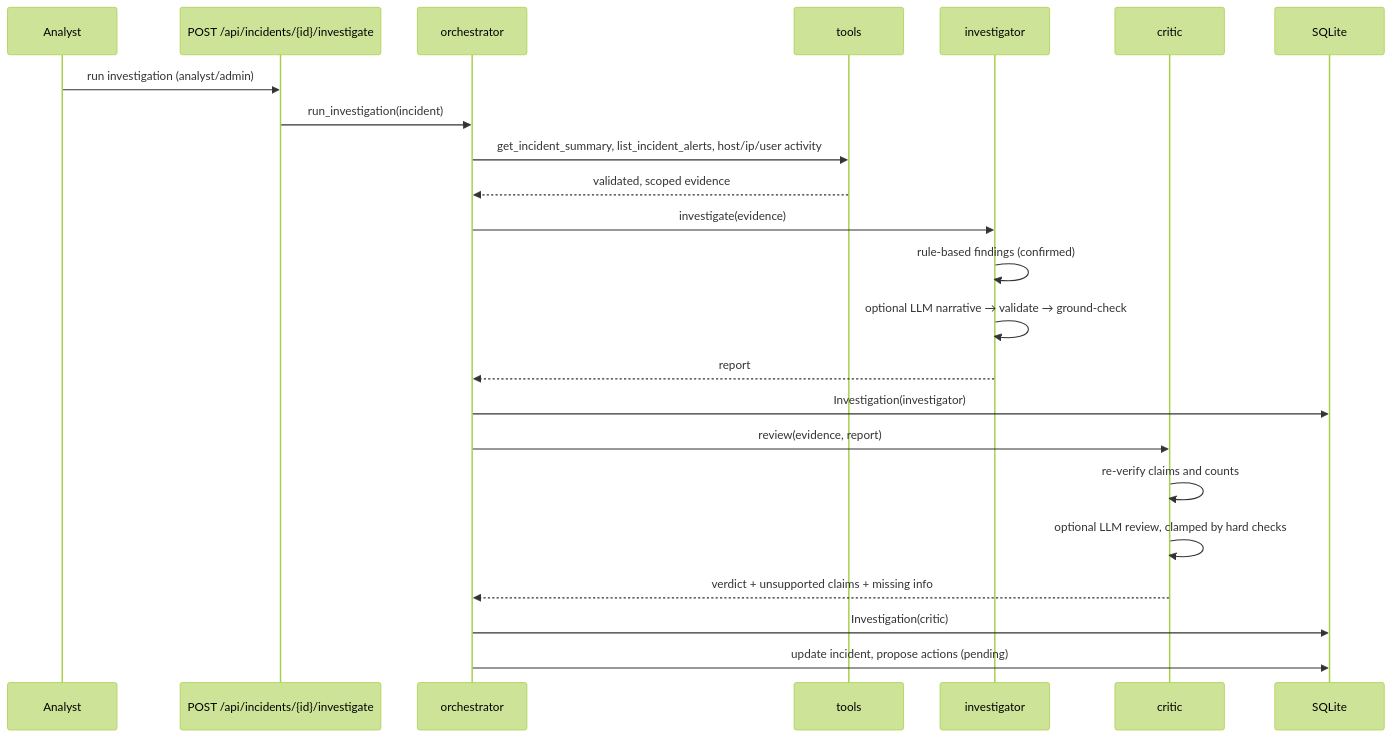
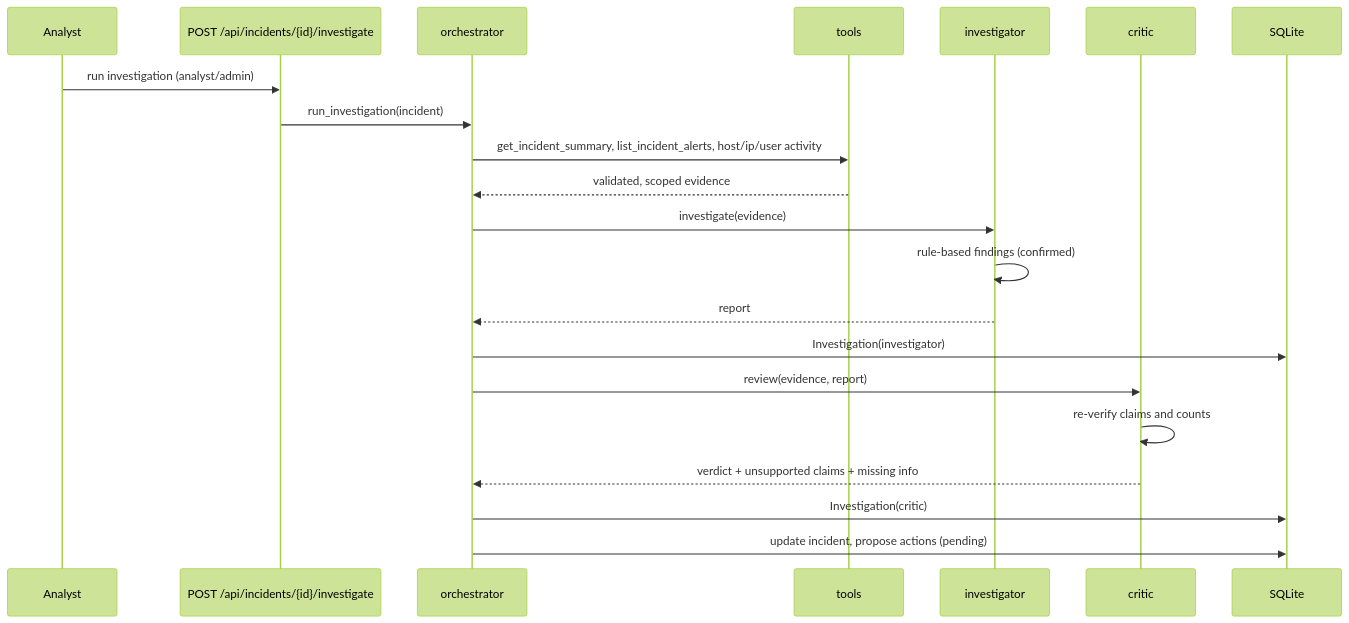
Before and after one commit to BIazor/SIEM-Dashboard: the fourth of 4 diagrams in docs/architecture.md, drawn with Mermaid (forest theme). The commit also changed other lines of this file and 33 other files, not shown here.

````diff
--- a/docs/architecture.md
+++ b/docs/architecture.md
@@ -186,26 +186,24 @@
 ```mermaid
 sequenceDiagram
     participant U as Analyst
     participant API as POST /api/incidents/{id}/investigate
     participant O as orchestrator
     participant T as tools
     participant I as investigator
     participant C as critic
     participant DB as SQLite
 
     U->>API: run investigation (analyst/admin)
     API->>O: run_investigation(incident)
     O->>T: get_incident_summary, list_incident_alerts, host/ip/user activity
     T-->>O: validated, scoped evidence
     O->>I: investigate(evidence)
     I->>I: rule-based findings (confirmed)
-    I->>I: optional LLM narrative → validate → ground-check
     I-->>O: report
     O->>DB: Investigation(investigator)
     O->>C: review(evidence, report)
     C->>C: re-verify claims and counts
-    C->>C: optional LLM review, clamped by hard checks
     C-->>O: verdict + unsupported claims + missing info
     O->>DB: Investigation(critic)
     O->>DB: update incident, propose actions (pending)
 ```
````
